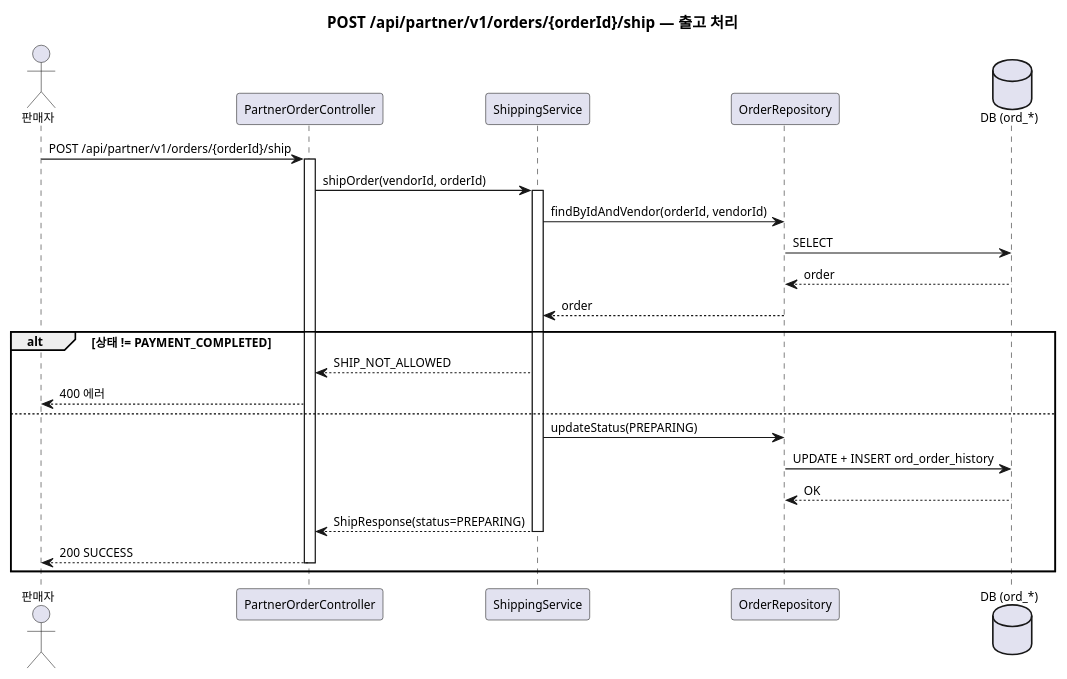
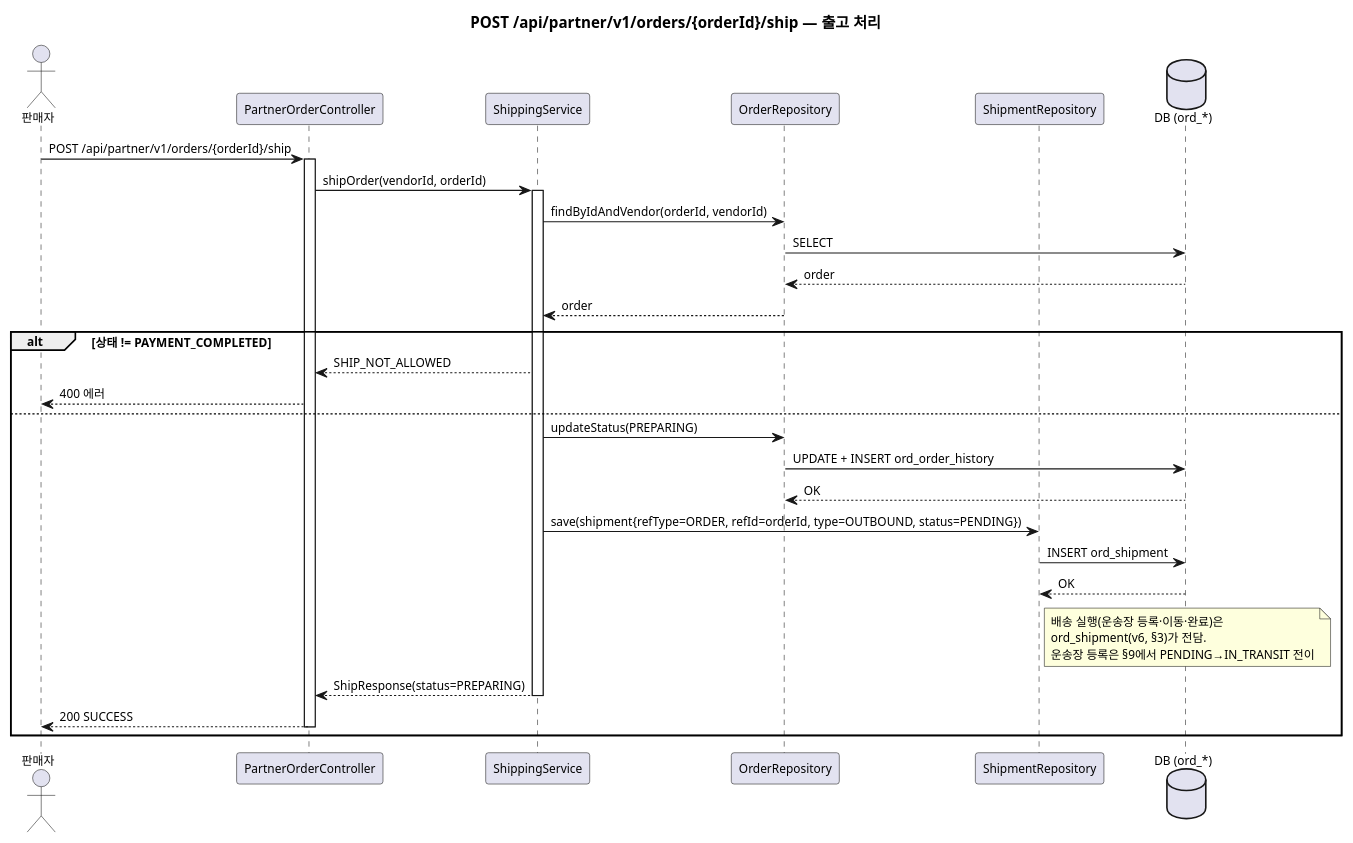
Before and after one commit to parknahyun/runNShop: diagram 11 of 26 in docs/자산화-단계별/S3-상세설계/16-시퀀스(Order-Payment).md, drawn with PlantUML. The commit also changed other lines of this file and 14 other files, not shown here.

````diff
--- a/docs/자산화-단계별/S3-상세설계/16-시퀀스(Order-Payment).md
+++ b/docs/자산화-단계별/S3-상세설계/16-시퀀스(Order-Payment).md
@@ -398,39 +566,45 @@
 ```plantuml
 @startuml
 skinparam backgroundColor transparent
 skinparam defaultFontSize 11
 title POST /api/partner/v1/orders/{orderId}/ship — 출고 처리
 
 actor 판매자 as Partner
 participant "PartnerOrderController" as POC
 participant "ShippingService" as SS
 participant "OrderRepository" as OR
+participant "ShipmentRepository" as SR
 database "DB (ord_*)" as DB
 
 Partner -> POC : POST /api/partner/v1/orders/{orderId}/ship
 activate POC
 
 POC -> SS : shipOrder(vendorId, orderId)
 activate SS
 
 SS -> OR : findByIdAndVendor(orderId, vendorId)
 OR -> DB : SELECT
 DB --> OR : order
 OR --> SS : order
 
 alt 상태 != PAYMENT_COMPLETED
   SS --> POC : SHIP_NOT_ALLOWED
   POC --> Partner : 400 에러
 else
   SS -> OR : updateStatus(PREPARING)
   OR -> DB : UPDATE + INSERT ord_order_history
   DB --> OR : OK
 
+  SS -> SR : save(shipment{refType=ORDER, refId=orderId, type=OUTBOUND, status=PENDING})
+  SR -> DB : INSERT ord_shipment
+  DB --> SR : OK
+  note right of SR: 배송 실행(운송장 등록·이동·완료)은\nord_shipment(v6, §3)가 전담.\n운송장 등록은 §9에서 PENDING→IN_TRANSIT 전이
+
   SS --> POC : ShipResponse(status=PREPARING)
   deactivate SS
   POC --> Partner : 200 SUCCESS
   deactivate POC
 end
 
 @enduml
 ```
````
